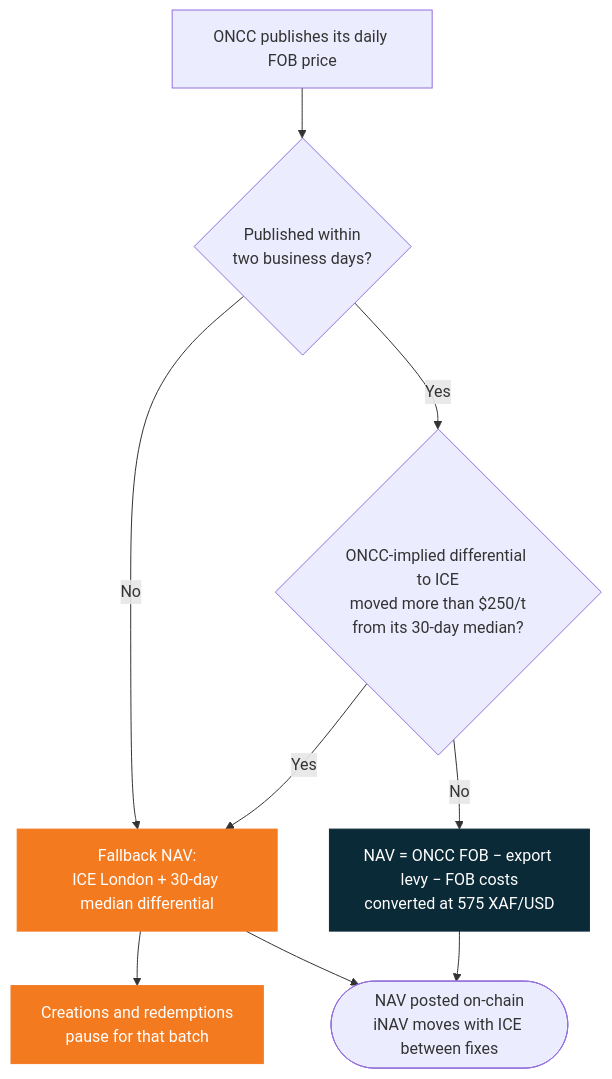
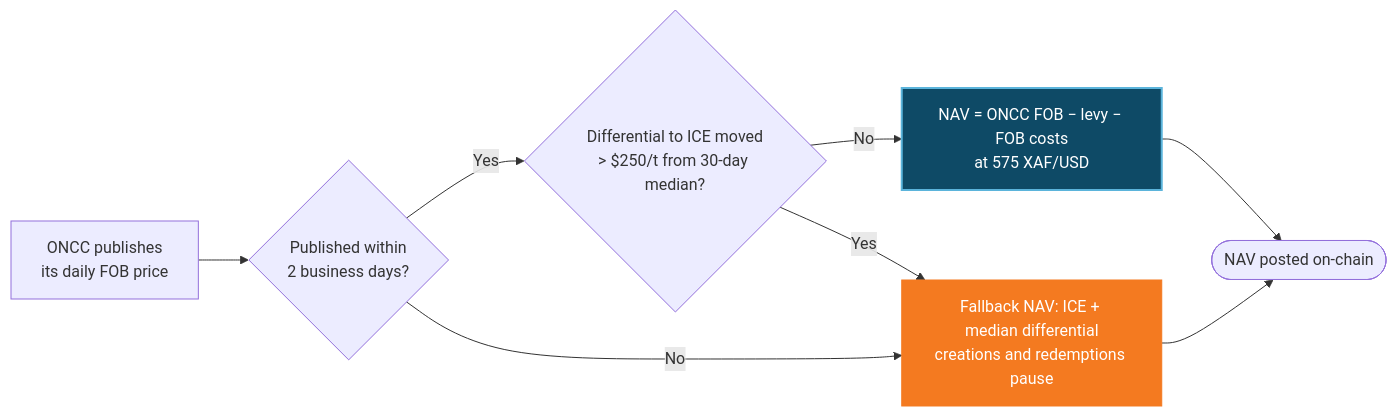
One commit to cargofinance/documentation changed the second of 2 diagrams in ecosystem/rwa-vault-mechanism.mdx. Above: the diagram before and after it, drawn with Mermaid. The commit also changed other lines of this file and 4 other files, not shown here.

First line of the commit message:
Widen diagrams and make them work in light and dark mode

````diff
--- a/ecosystem/rwa-vault-mechanism.mdx
+++ b/ecosystem/rwa-vault-mechanism.mdx
@@ -101,15 +101,14 @@
 ```mermaid
-flowchart TD
-    A["ONCC publishes its daily FOB price"] --> B{"Published within<br/>two business days?"}
-    B -- "No" --> F["Fallback NAV:<br/>ICE London + 30-day median differential"]
-    B -- "Yes" --> C{"ONCC-implied differential to ICE<br/>moved more than $250/t<br/>from its 30-day median?"}
+flowchart LR
+    A["ONCC publishes<br/>its daily FOB price"] --> B{"Published within<br/>2 business days?"}
+    B -- "Yes" --> C{"Differential to ICE moved<br/>> $250/t from 30-day median?"}
+    C -- "No" --> D["NAV = ONCC FOB − levy − FOB costs<br/>at 575 XAF/USD"]
+    B -- "No" --> F["Fallback NAV: ICE + median differential<br/>creations and redemptions pause"]
     C -- "Yes" --> F
-    C -- "No" --> D["NAV = ONCC FOB − export levy − FOB costs<br/>converted at 575 XAF/USD"]
-    F --> P["Creations and redemptions<br/>pause for that batch"]
-    D --> E(["NAV posted on-chain<br/>iNAV moves with ICE between fixes"])
+    D --> E(["NAV posted on-chain"])
     F --> E
-    classDef navy fill:#0B2A37,stroke:#0B2A37,color:#ffffff
-    classDef orange fill:#F47A20,stroke:#F47A20,color:#ffffff
-    class D navy
-    class F,P orange
+    classDef key fill:#0E4A66,stroke:#5BB4DB,stroke-width:2px,color:#ffffff
+    classDef accent fill:#F47A20,stroke:#F47A20,color:#ffffff
+    class D key
+    class F accent
 ```
````
